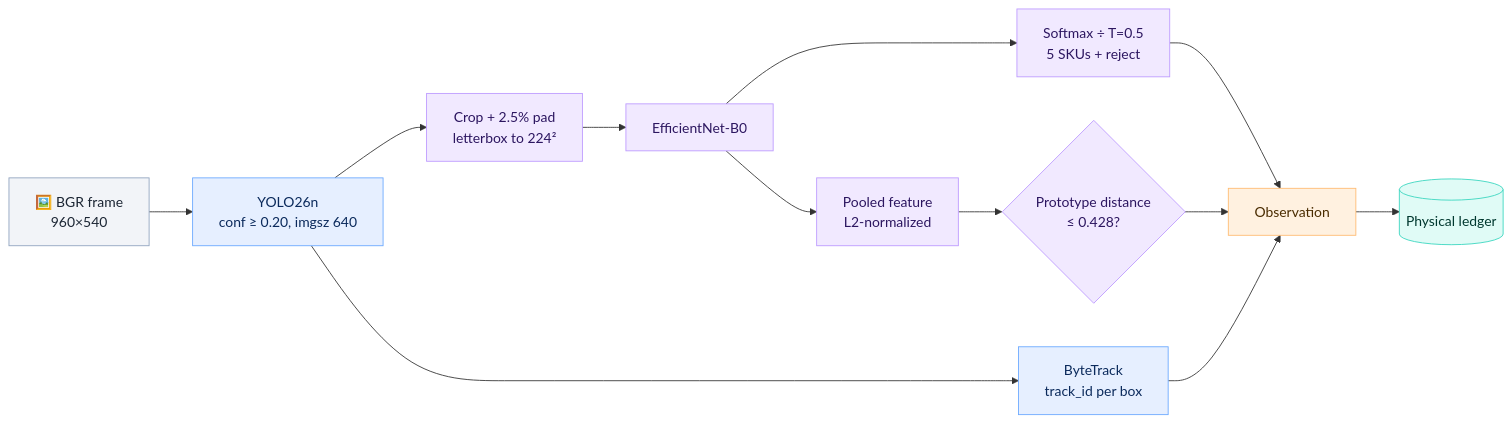
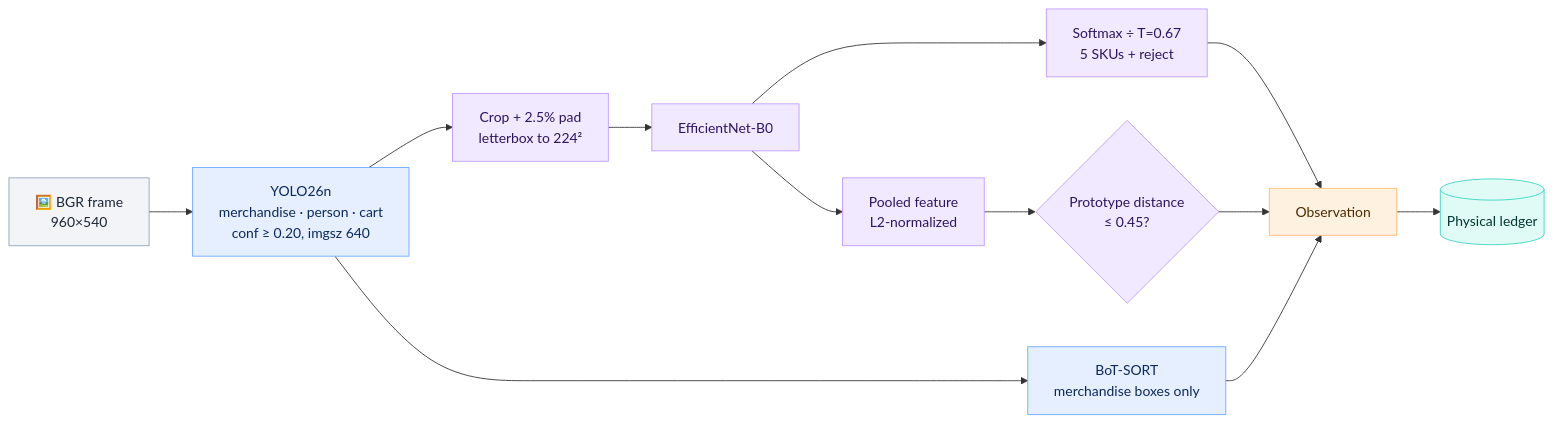
Before and after one commit to dangermos/ProPass: the first of 3 diagrams in docs/vision.md, drawn with Mermaid. The commit also changed other lines of this file and 8 other files, not shown here.

````diff
--- a/docs/vision.md
+++ b/docs/vision.md
@@ -10,20 +10,20 @@
 ```mermaid
 flowchart LR
-    I[🖼️ BGR frame<br/>960×540]:::in --> D[YOLO26n<br/>conf ≥ 0.20, imgsz 640]:::det
-    D --> T[ByteTrack<br/>track_id per box]:::det
+    I[🖼️ BGR frame<br/>960×540]:::in --> D[YOLO26n<br/>merchandise · person · cart<br/>conf ≥ 0.20, imgsz 640]:::det
+    D --> T[BoT-SORT<br/>merchandise boxes only]:::det
     D --> C[Crop + 2.5% pad<br/>letterbox to 224²]:::cls
     C --> E[EfficientNet-B0]:::cls
-    E --> P[Softmax ÷ T=0.5<br/>5 SKUs + reject]:::cls
+    E --> P[Softmax ÷ T=0.67<br/>5 SKUs + reject]:::cls
     E --> F[Pooled feature<br/>L2-normalized]:::cls
-    F --> G{Prototype distance<br/>≤ 0.428?}:::cls
+    F --> G{Prototype distance<br/>≤ 0.45?}:::cls
     P --> O[Observation]:::out
     G --> O
     T --> O
     O --> L[(Physical ledger)]:::led
 
     classDef in fill:#f2f4f8,stroke:#8fa3bf,color:#1b2533
     classDef det fill:#e6efff,stroke:#6aa8ff,color:#0b2a5c
     classDef cls fill:#f1e9ff,stroke:#bd9aff,color:#2c1660
     classDef out fill:#fff1e0,stroke:#ffbb71,color:#4a2c00
     classDef led fill:#e0fbf6,stroke:#38d6bf,color:#00382f
 ```
````
